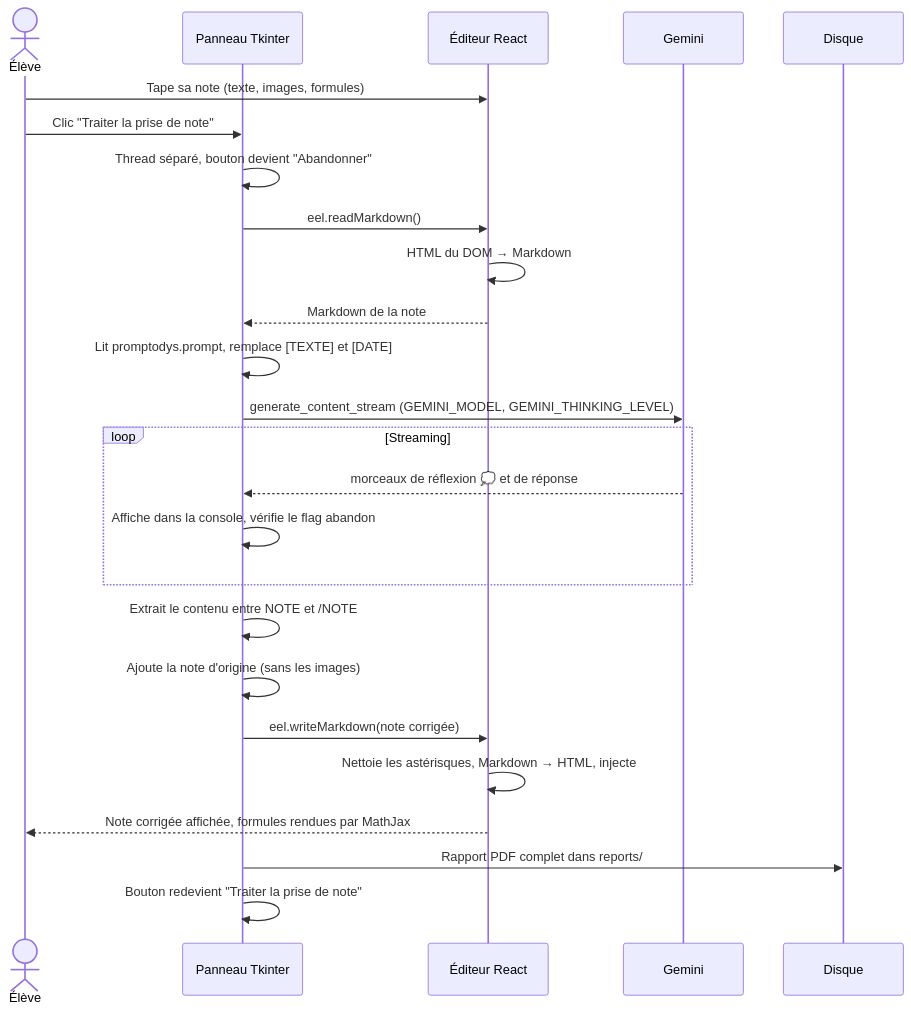
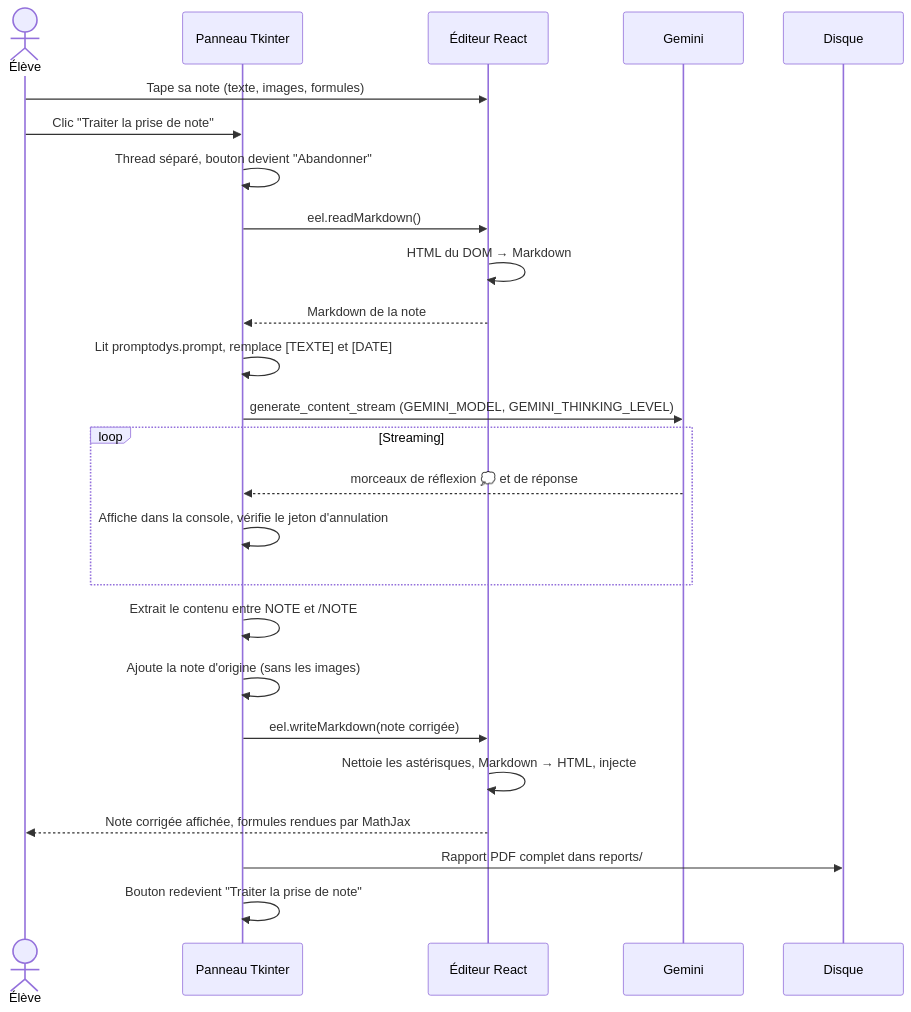
One commit to lecinquiemejour-code/PromptoDYS_app changed the third of 5 diagrams in doc/ARCHITECTURE.md. Above: the diagram before and after it, drawn with Mermaid. The commit also changed other lines of this file and 2 other files, not shown here.

Commit message:
docs(ai): Update AI abandon documentation after cancellation rework

````diff
--- a/doc/ARCHITECTURE.md
+++ b/doc/ARCHITECTURE.md
@@ -142,28 +142,28 @@
 ```mermaid
 sequenceDiagram
     actor U as Élève
     participant TK as Panneau Tkinter
     participant R as Éditeur React
     participant G as Gemini
     participant D as Disque
 
     U->>R: Tape sa note (texte, images, formules)
     U->>TK: Clic "Traiter la prise de note"
     TK->>TK: Thread séparé, bouton devient "Abandonner"
     TK->>R: eel.readMarkdown()
     R->>R: HTML du DOM → Markdown
     R-->>TK: Markdown de la note
     TK->>TK: Lit promptodys.prompt, remplace [TEXTE] et [DATE]
     TK->>G: generate_content_stream (GEMINI_MODEL, GEMINI_THINKING_LEVEL)
     loop Streaming
         G-->>TK: morceaux de réflexion 💭 et de réponse
-        TK->>TK: Affiche dans la console, vérifie le flag abandon
+        TK->>TK: Affiche dans la console, vérifie le jeton d'annulation
     end
     TK->>TK: Extrait le contenu entre NOTE et /NOTE
     TK->>TK: Ajoute la note d'origine (sans les images)
     TK->>R: eel.writeMarkdown(note corrigée)
     R->>R: Nettoie les astérisques, Markdown → HTML, injecte
     R-->>U: Note corrigée affichée, formules rendues par MathJax
     TK->>D: Rapport PDF complet dans reports/
     TK->>TK: Bouton redevient "Traiter la prise de note"
 ```
````
